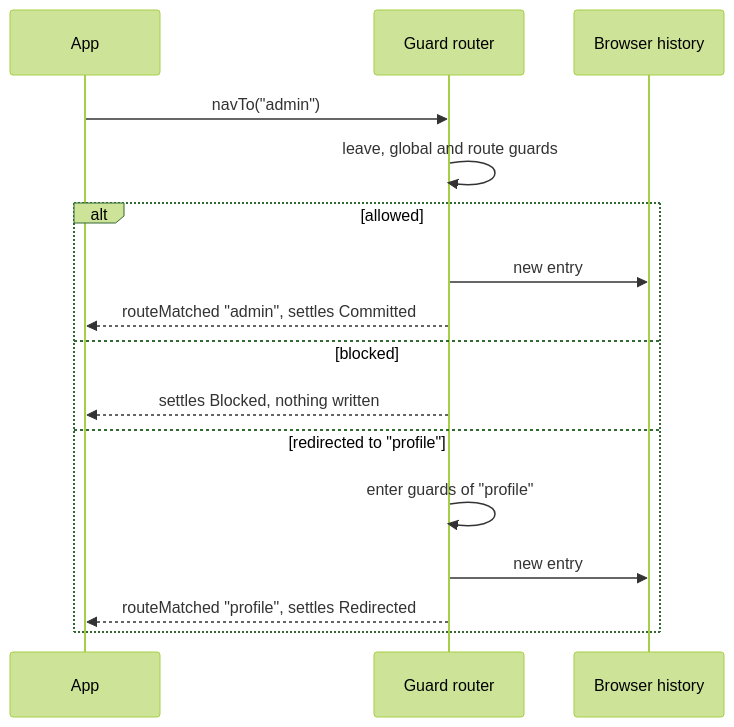
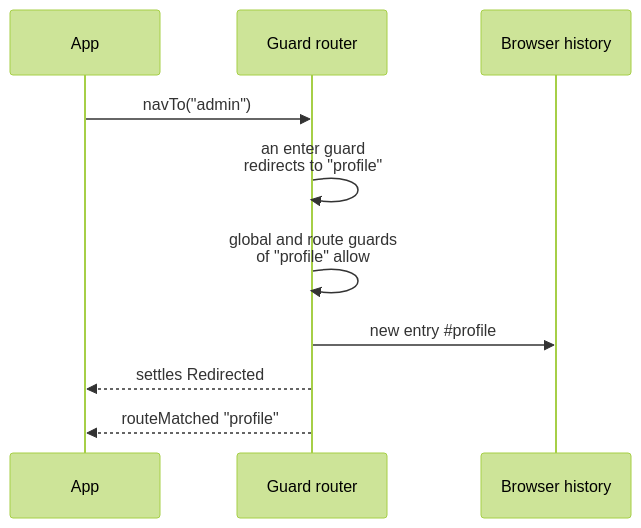
One commit to wridgeu/ui5-lib-guard-router changed the sixth of 9 diagrams in packages/lib/README.md. Above: the diagram before and after it, drawn with Mermaid (forest theme). The commit also changed other lines of this file and 6 other files, not shown here.

First line of the commit message:
docs: draw the diagrams narrow, one case each, and colour the overview

````diff
--- a/packages/lib/README.md
+++ b/packages/lib/README.md
@@ -1132,18 +1189,12 @@
 ```mermaid
 sequenceDiagram
     participant App
     participant Router as Guard router
     participant History as Browser history
     App->>Router: navTo("admin")
-    Router->>Router: leave, global and route guards
-    alt allowed
-        Router->>History: new entry #admin
-        Router-->>App: routeMatched "admin", settles Committed
-    else blocked
-        Router-->>App: settles Blocked, nothing written
-    else redirected to "profile"
-        Router->>Router: enter guards of "profile"
-        Router->>History: new entry #profile
-        Router-->>App: routeMatched "profile", settles Redirected
-    end
+    Router->>Router: an enter guard<br/>redirects to "profile"
+    Router->>Router: global and route guards<br/>of "profile" allow
+    Router->>History: new entry #35;profile
+    Router-->>App: settles Redirected
+    Router-->>App: routeMatched "profile"
 ```
````
